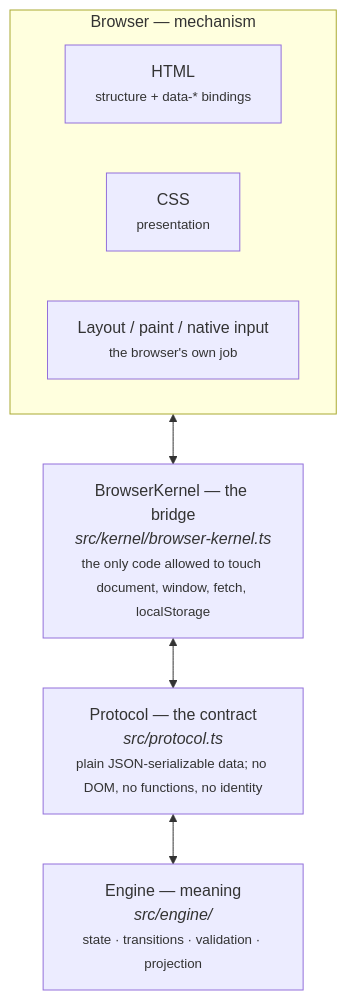
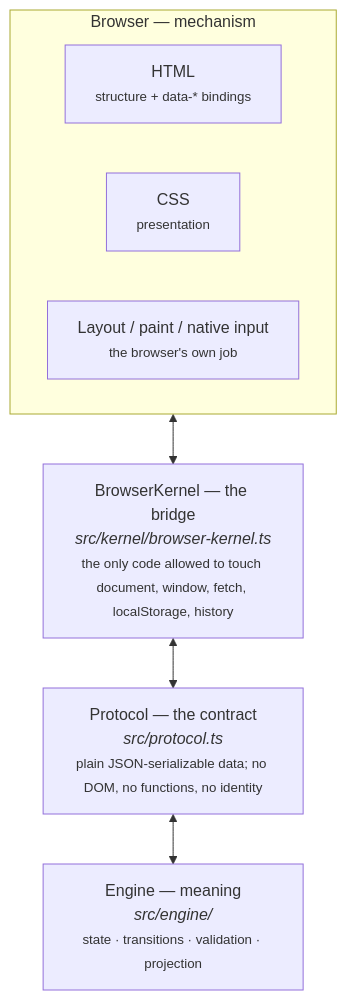
One commit to kemiller2002/limen changed the first of 2 diagrams in docs/01-architecture.md. Above: the diagram before and after it, drawn with Mermaid. The commit also changed other lines of this file and 35 other files, not shown here.

First line of the commit message:
feat(kernel): browser navigation and history (WI-0014)

````diff
--- a/docs/01-architecture.md
+++ b/docs/01-architecture.md
@@ -14,18 +14,18 @@
 ```mermaid
 flowchart TB
     subgraph B["Browser — mechanism"]
         H["HTML<br/><small>structure + data-* bindings</small>"]
         C["CSS<br/><small>presentation</small>"]
         R["Layout / paint / native input<br/><small>the browser's own job</small>"]
     end
 
-    K["BrowserKernel — the bridge<br/><i>src/kernel/browser-kernel.ts</i><br/><small>the only code allowed to touch document, window, fetch, localStorage</small>"]
+    K["BrowserKernel — the bridge<br/><i>src/kernel/browser-kernel.ts</i><br/><small>the only code allowed to touch document, window, fetch, localStorage, history</small>"]
 
     P["Protocol — the contract<br/><i>src/protocol.ts</i><br/><small>plain JSON-serializable data; no DOM, no functions, no identity</small>"]
 
     E["Engine — meaning<br/><i>src/engine/</i><br/><small>state · transitions · validation · projection</small>"]
 
     B <--> K
     K <--> P
     P <--> E
 ```
````
